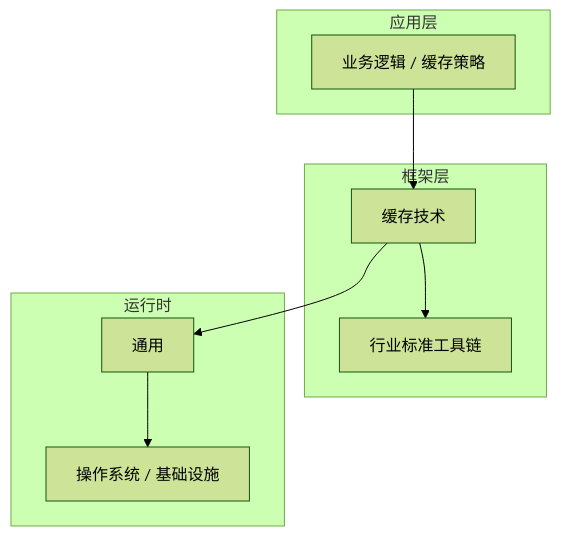
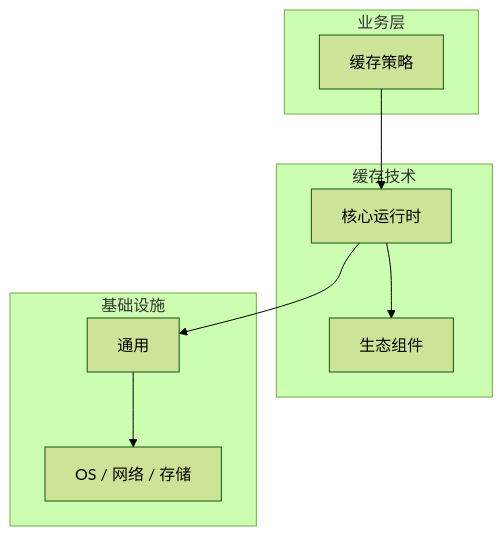
The diagram in articles/缓存技术/chapters/007-缓存策略核心概念与原理.md (yanggan2015/knowledge-json-v2), drawn with Mermaid (forest theme) before and after one commit. The commit also changed other lines of this file and 10127 other files, not shown here.

````diff
--- a/articles/缓存技术/chapters/007-缓存策略核心概念与原理.md
+++ b/articles/缓存技术/chapters/007-缓存策略核心概念与原理.md
@@ -45,18 +34,18 @@
 ```mermaid
 graph TB
-    subgraph 应用层
-        A[业务逻辑 / 缓存策略]
+    subgraph 业务层
+        A[缓存策略]
     end
-    subgraph 框架层
-        B[缓存技术]
-        C[行业标准工具链]
+    subgraph 缓存技术
+        B[核心运行时]
+        C[生态组件]
     end
-    subgraph 运行时
+    subgraph 基础设施
         D[通用]
-        E[操作系统 / 基础设施]
+        E[OS / 网络 / 存储]
     end
     A --> B
     B --> C
     B --> D
     D --> E
 ```
````
